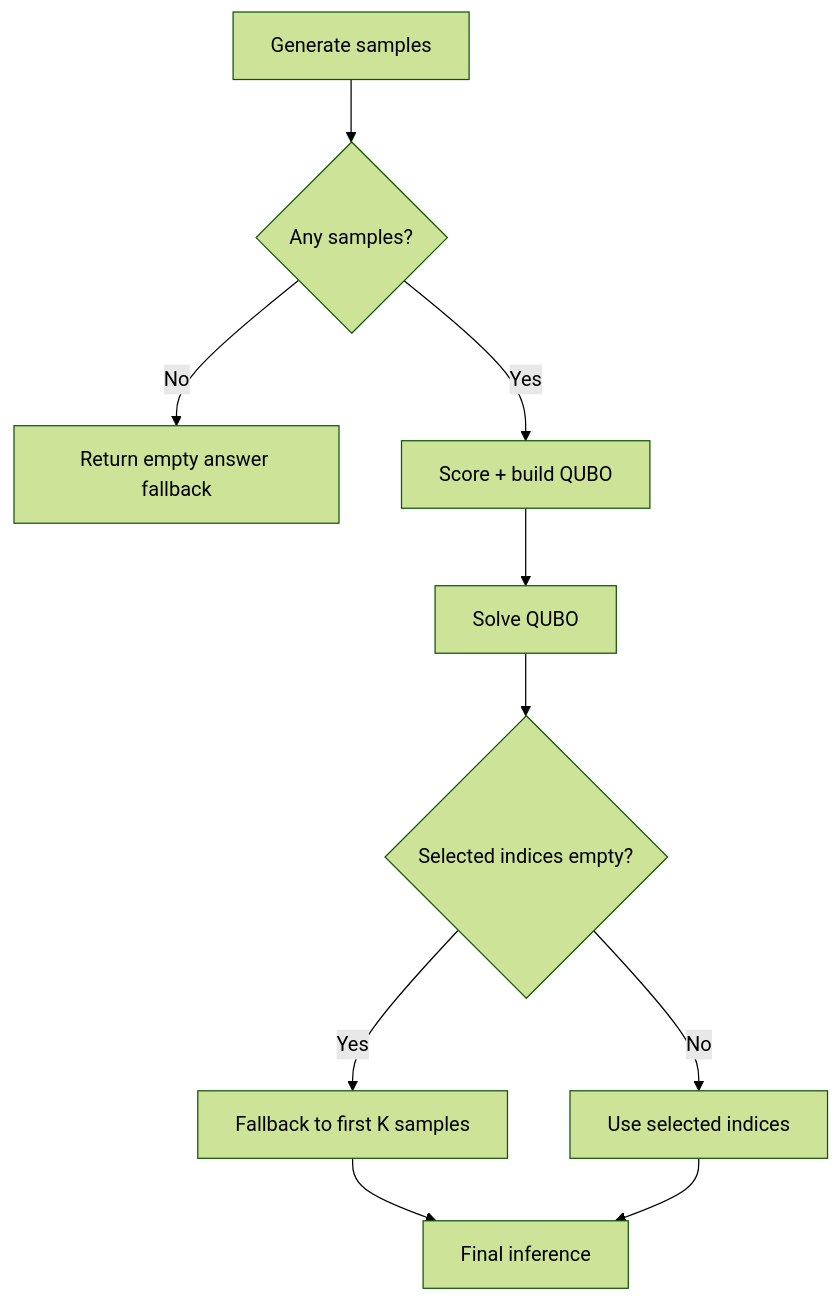
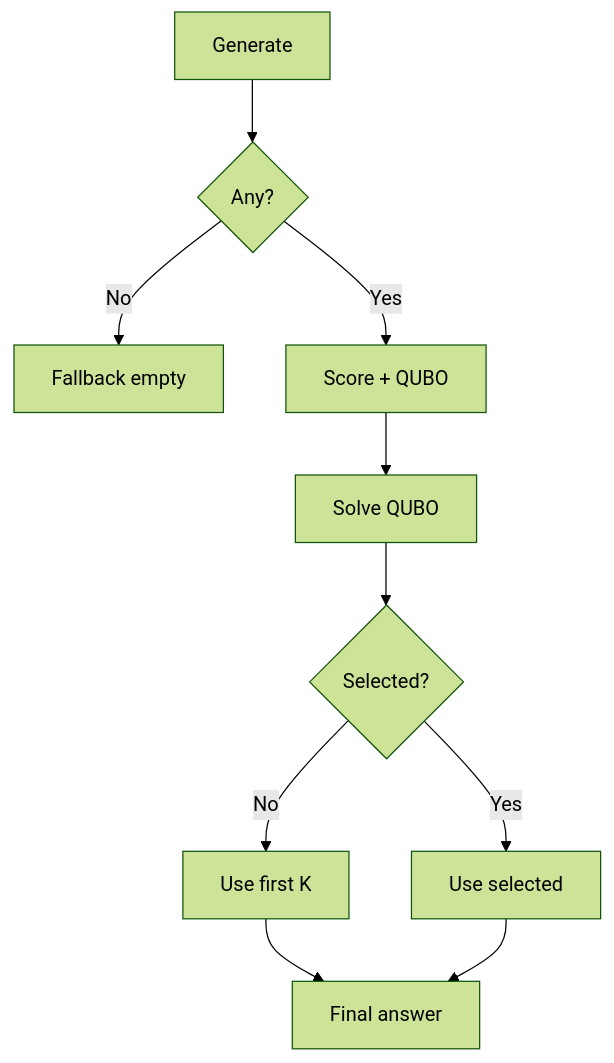
Before and after one commit to tanaymitra54/samsung_backup: the seventh of 15 diagrams in README.md, drawn with Mermaid (forest theme). The commit also changed other lines of this file, not shown here.

Commit message:
Simplify README Mermaid diagrams: shorter labels, cleaner visuals, less text

````diff
--- a/README.md
+++ b/README.md
@@ -215,12 +190,12 @@
 ```mermaid
 flowchart TD
-    A[Generate samples] --> B{Any samples?}
-    B -- No --> C[Return empty answer fallback]
-    B -- Yes --> D[Score + build QUBO]
+    A[Generate] --> B{Any?}
+    B -->|No| C[Fallback empty]
+    B -->|Yes| D[Score + QUBO]
     D --> E[Solve QUBO]
-    E --> F{Selected indices empty?}
-    F -- Yes --> G[Fallback to first K samples]
-    F -- No --> H[Use selected indices]
-    G --> I[Final inference]
+    E --> F{Selected?}
+    F -->|No| G[Use first K]
+    F -->|Yes| H[Use selected]
+    G --> I[Final answer]
     H --> I
 ```
````
